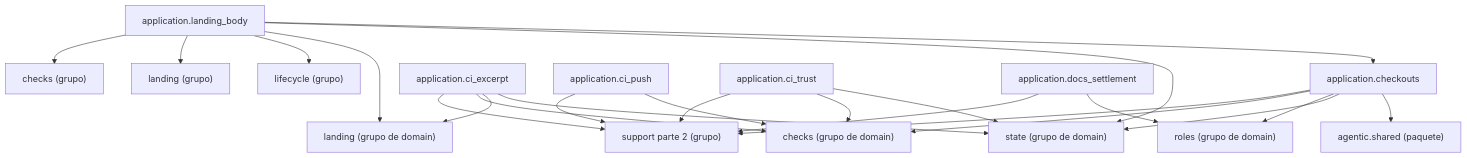
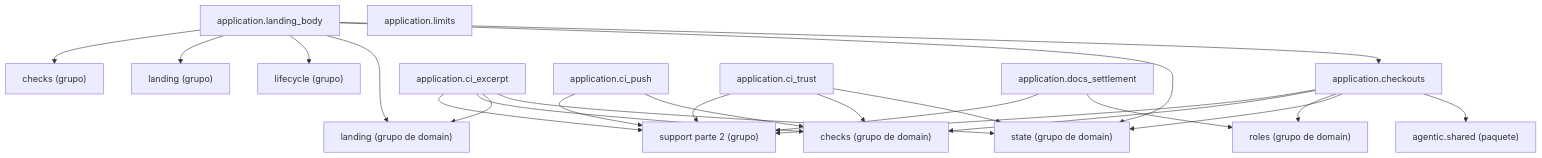
One commit to GonzaloZevallos/agentic-system changed the diagram in docs/architecture/generated/packages-process-application-support-1.md. Above: the diagram before and after it, drawn with Mermaid. The commit also changed 3 other files, not shown here.

Commit message:
Place stack_facts in the docs clusters and regenerate the diagrams

````diff
--- a/docs/architecture/generated/packages-process-application-support-1.md
+++ b/docs/architecture/generated/packages-process-application-support-1.md
@@ -17,40 +17,41 @@
 ```mermaid
 graph TD
     g_application__checks["checks (grupo)"]
     g_application__landing["landing (grupo)"]
     g_application__lifecycle["lifecycle (grupo)"]
     g_application__support__2["support parte 2 (grupo)"]
     g_domain__checks["checks (grupo de domain)"]
     g_domain__landing["landing (grupo de domain)"]
     g_domain__roles["roles (grupo de domain)"]
     g_domain__state["state (grupo de domain)"]
     g_pkg__agentic__shared["agentic.shared (paquete)"]
     m_application__checkouts["application.checkouts"]
     m_application__ci_excerpt["application.ci_excerpt"]
     m_application__ci_push["application.ci_push"]
     m_application__ci_trust["application.ci_trust"]
     m_application__docs_settlement["application.docs_settlement"]
     m_application__landing_body["application.landing_body"]
+    m_application__limits["application.limits"]
     m_application__checkouts --> g_application__support__2
     m_application__checkouts --> g_domain__checks
     m_application__checkouts --> g_domain__roles
     m_application__checkouts --> g_domain__state
     m_application__checkouts --> g_pkg__agentic__shared
     m_application__ci_excerpt --> g_application__support__2
     m_application__ci_excerpt --> g_domain__checks
     m_application__ci_excerpt --> g_domain__landing
     m_application__ci_excerpt --> g_domain__state
     m_application__ci_push --> g_application__support__2
     m_application__ci_push --> g_domain__checks
     m_application__ci_trust --> g_application__support__2
     m_application__ci_trust --> g_domain__checks
     m_application__ci_trust --> g_domain__state
     m_application__docs_settlement --> g_application__support__2
     m_application__docs_settlement --> g_domain__roles
     m_application__landing_body --> g_application__checks
     m_application__landing_body --> g_application__landing
     m_application__landing_body --> g_application__lifecycle
     m_application__landing_body --> g_domain__landing
     m_application__landing_body --> g_domain__state
     m_application__landing_body --> m_application__checkouts
 ```
````
